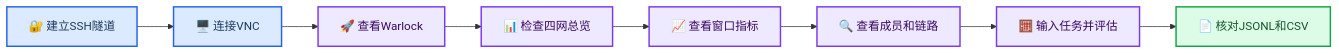
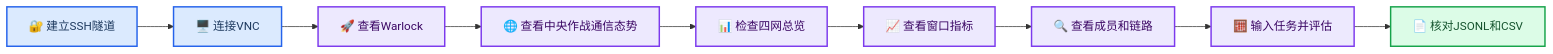
Before and after one commit to violetnozomi/afsim: the diagram in docs/功能使用手册.md, drawn with Mermaid. The commit also changed other lines of this file and 10 other files, not shown here.

````diff
--- a/docs/功能使用手册.md
+++ b/docs/功能使用手册.md
@@ -31,21 +32,22 @@
 ```mermaid
 flowchart LR
     accTitle: Network Resource Manager Usage
     accDescr: The operator connects from Windows, opens the prepared four-network scenario in Warlock, inspects live resources, and verifies persisted reports.
 
     tunnel["🔐 建立SSH隧道"] --> viewer["🖥️ 连接VNC"]
     viewer --> warlock["🚀 查看Warlock"]
-    warlock --> overview["📊 检查四网总览"]
+    warlock --> tactical["🌐 查看中央作战通信态势"]
+    tactical --> overview["📊 检查四网总览"]
     overview --> metrics["📈 查看窗口指标"]
     metrics --> detail["🔍 查看成员和链路"]
     detail --> assessment["🧮 输入任务并评估"]
     assessment --> output["📄 核对JSONL和CSV"]
 
     classDef access fill:#dbeafe,stroke:#2563eb,stroke-width:2px,color:#1e3a5f
     classDef inspect fill:#ede9fe,stroke:#7c3aed,stroke-width:2px,color:#3b0764
     classDef result fill:#dcfce7,stroke:#16a34a,stroke-width:2px,color:#14532d
 
     class tunnel,viewer access
-    class warlock,overview,metrics,detail,assessment inspect
+    class warlock,tactical,overview,metrics,detail,assessment inspect
     class output result
 ```
````
